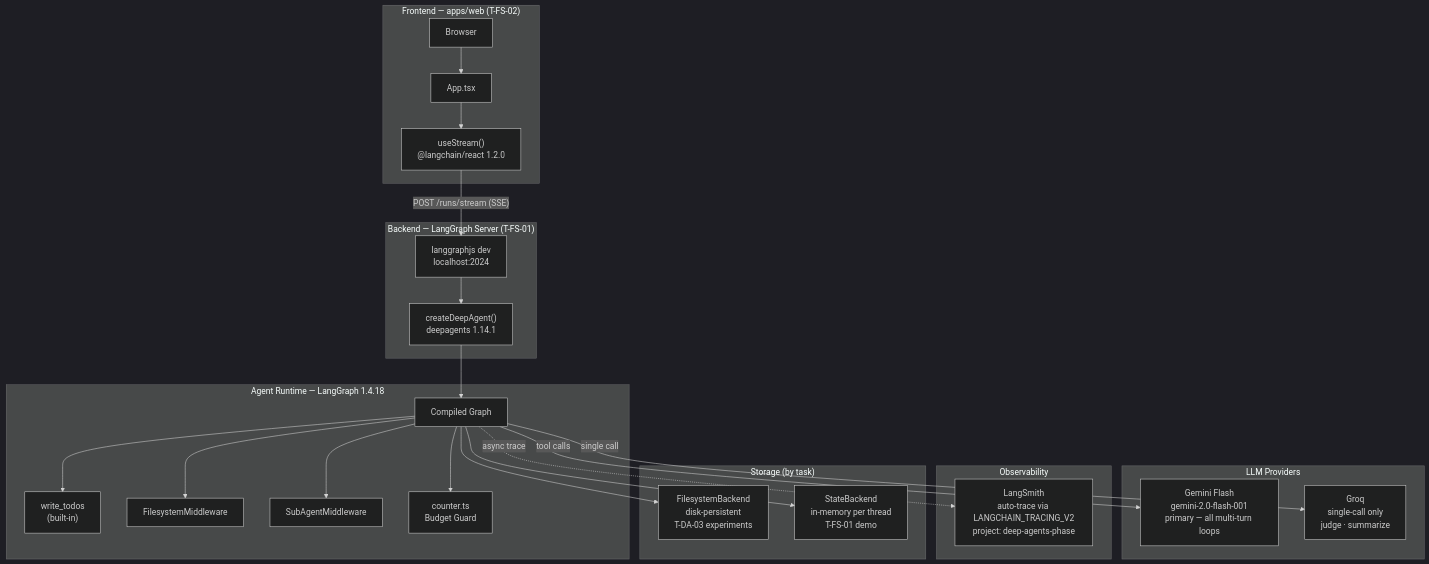
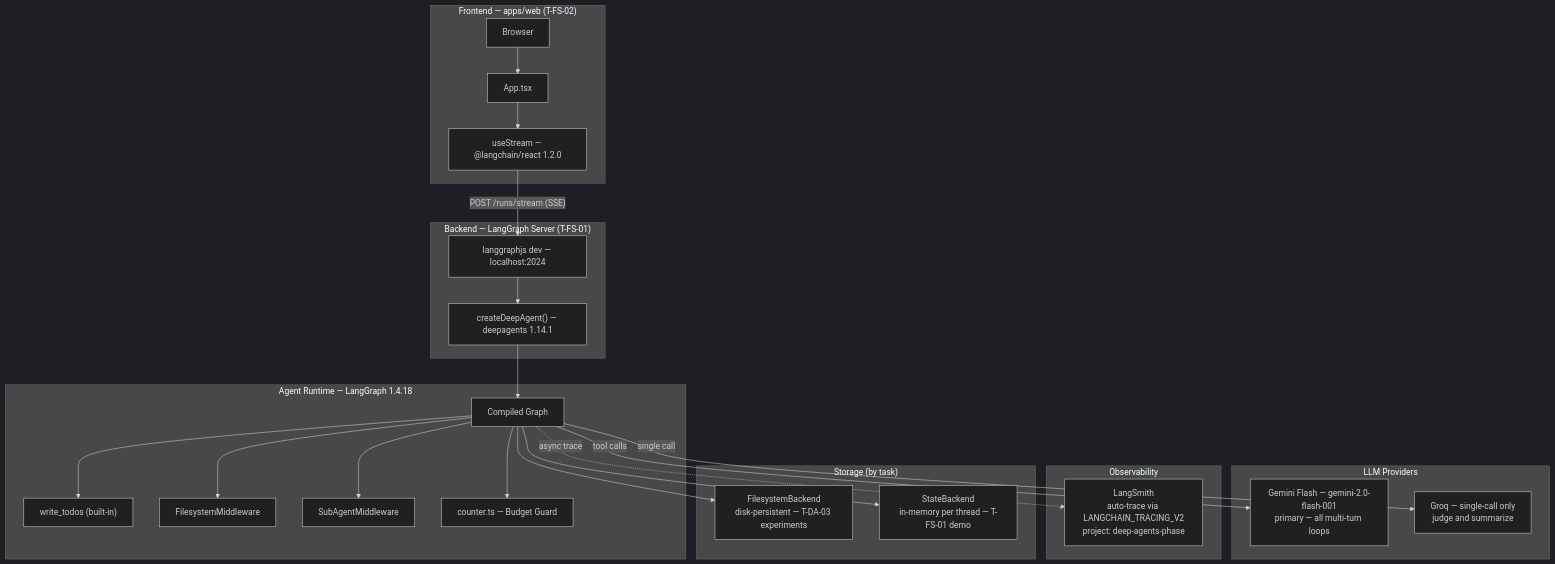
One commit to nhatduong-agilityio/deep-agents changed the first of 3 diagrams in docs/diagrams/01-high-level-architecture.md. Above: the diagram before and after it, drawn with Mermaid (dark theme). The commit also changed other lines of this file and 12 other files, not shown here.

Commit message:
feat(diagrams): add script to render mermaid diagrams from markdown files

````diff
--- a/docs/diagrams/01-high-level-architecture.md
+++ b/docs/diagrams/01-high-level-architecture.md
@@ -7,45 +7,49 @@
 ```mermaid
 graph TB
     subgraph FE["Frontend — apps/web (T-FS-02)"]
         Browser["Browser"]
         App["App.tsx"]
-        Hook["useStream()\n@langchain/react 1.2.0"]
+        Hook["useStream — @langchain/react 1.2.0"]
         Browser --> App --> Hook
     end
 
     subgraph BE["Backend — LangGraph Server (T-FS-01)"]
-        LGS["langgraphjs dev\nlocalhost:2024"]
-        Agent["createDeepAgent()\ndeepagents 1.14.1"]
+        LGS["langgraphjs dev — localhost:2024"]
+        Agent["createDeepAgent() — deepagents 1.14.1"]
         LGS --> Agent
     end
 
     subgraph Runtime["Agent Runtime — LangGraph 1.4.18"]
         Graph["Compiled Graph"]
-        Todos["write_todos\n(built-in)"]
+        Todos["write_todos (built-in)"]
         FS["FilesystemMiddleware"]
         SA["SubAgentMiddleware"]
-        BGA["counter.ts\nBudget Guard"]
-        Graph --> Todos & FS & SA & BGA
+        BGA["counter.ts — Budget Guard"]
+        Graph --> Todos
+        Graph --> FS
+        Graph --> SA
+        Graph --> BGA
     end
 
     subgraph LLM["LLM Providers"]
-        Gemini["Gemini Flash\ngemini-2.0-flash-001\nprimary — all multi-turn loops"]
-        Groq["Groq\nsingle-call only\njudge · summarize"]
+        Gemini["Gemini Flash — gemini-2.0-flash-001\nprimary — all multi-turn loops"]
+        Groq["Groq — single-call only\njudge and summarize"]
     end
 
     subgraph Obs["Observability"]
         LSM["LangSmith\nauto-trace via LANGCHAIN_TRACING_V2\nproject: deep-agents-phase"]
     end
 
     subgraph Storage["Storage (by task)"]
-        Disk["FilesystemBackend\ndisk-persistent\nT-DA-03 experiments"]
-        Mem["StateBackend\nin-memory per thread\nT-FS-01 demo"]
+        Disk["FilesystemBackend\ndisk-persistent — T-DA-03 experiments"]
+        Mem["StateBackend\nin-memory per thread — T-FS-01 demo"]
     end
 
     Hook -->|"POST /runs/stream (SSE)"| LGS
     Agent --> Graph
     Graph -->|tool calls| Gemini
     Graph -->|single call| Groq
     Graph -.->|async trace| LSM
-    Graph --> Disk & Mem
+    Graph --> Disk
+    Graph --> Mem
 ```
````
